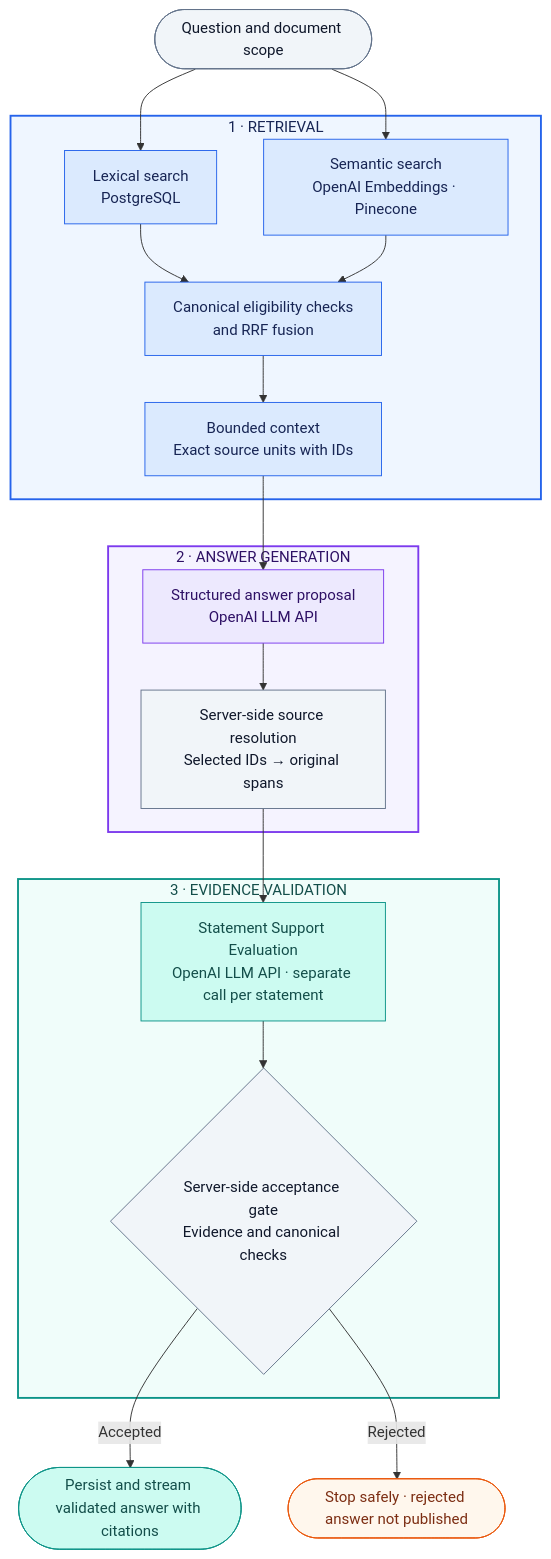
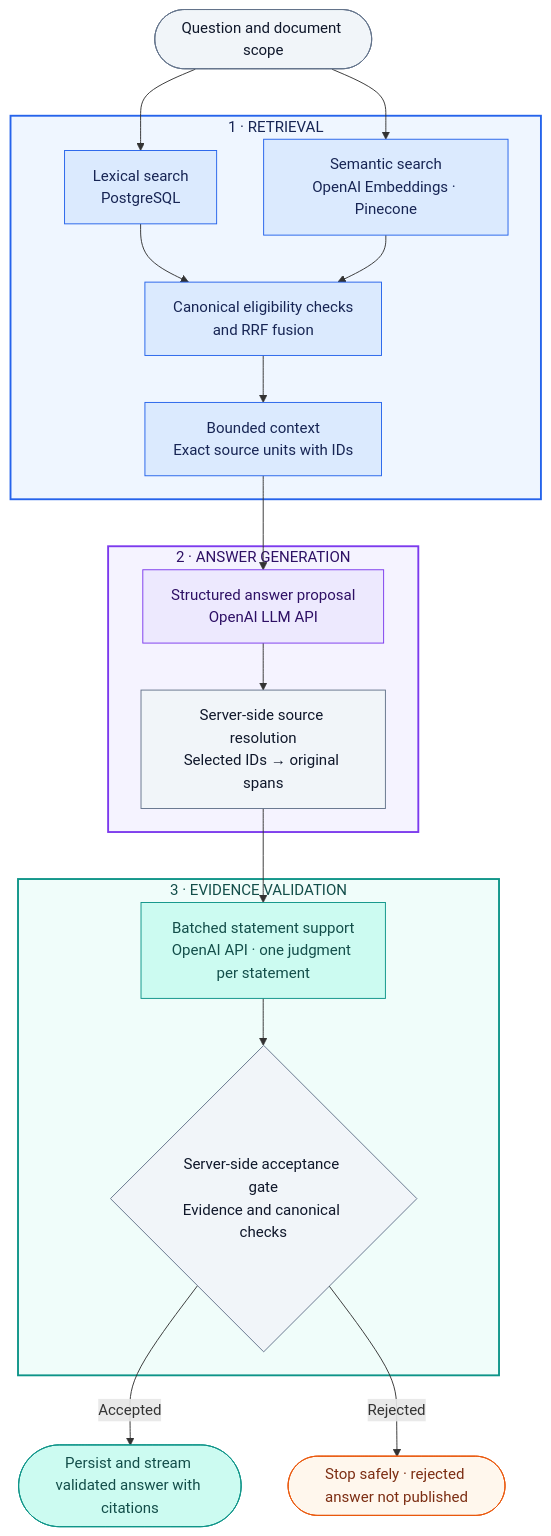
The diagram in README.md (rnkraus/investment-research), drawn with Mermaid before and after one commit. The commit also changed other lines of this file and 2 other files, not shown here.

````diff
--- a/README.md
+++ b/README.md
@@ -109,38 +110,38 @@
 ```mermaid
 flowchart TB
     Q([Question and document scope]) --> L
     Q --> E
 
     subgraph RET["1 · RETRIEVAL"]
         L["Lexical search<br/>PostgreSQL"] --> F["Canonical eligibility checks<br/>and RRF fusion"]
         E["Semantic search<br/>OpenAI Embeddings · Pinecone"] --> F
         F --> U["Bounded context<br/>Exact source units with IDs"]
     end
 
     subgraph GEN["2 · ANSWER GENERATION"]
         G["Structured answer proposal<br/>OpenAI LLM API"] --> S["Server-side source resolution<br/>Selected IDs → original spans"]
     end
 
     subgraph VAL["3 · EVIDENCE VALIDATION"]
-        V["Statement Support Evaluation<br/>OpenAI LLM API · separate call per statement"] --> R{"Server-side acceptance gate<br/>Evidence and canonical checks"}
+        V["Batched statement support<br/>OpenAI API · one judgment per statement"] --> R{"Server-side acceptance gate<br/>Evidence and canonical checks"}
     end
 
     U --> G
     S --> V
     R -->|Accepted| A([Persist and stream validated answer with citations])
     R -->|Rejected| X([Stop safely · rejected answer not published])
 
     classDef retrieval fill:#dbeafe,stroke:#2563eb,color:#172554
     classDef generation fill:#ede9fe,stroke:#7c3aed,color:#2e1065
     classDef validation fill:#ccfbf1,stroke:#0d9488,color:#134e4a
     classDef server fill:#f1f5f9,stroke:#64748b,color:#0f172a
     classDef rejected fill:#fff7ed,stroke:#ea580c,color:#7c2d12
     class L,E,F,U retrieval
     class G generation
     class V,A validation
     class Q,S,R server
     class X rejected
     style RET fill:#eff6ff,stroke:#2563eb,stroke-width:2px,color:#172554
     style GEN fill:#f5f3ff,stroke:#7c3aed,stroke-width:2px,color:#2e1065
     style VAL fill:#f0fdfa,stroke:#0d9488,stroke-width:2px,color:#134e4a
 ```
````
